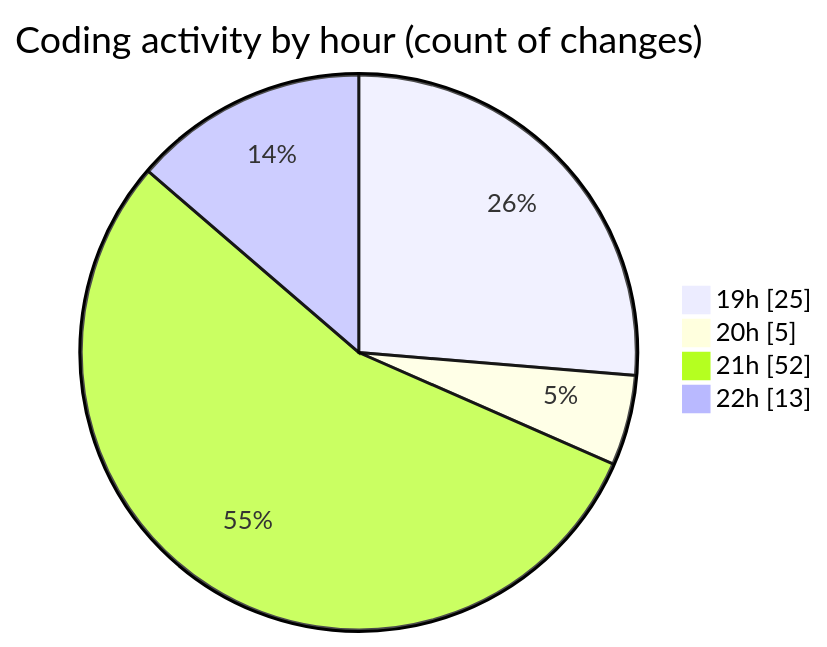
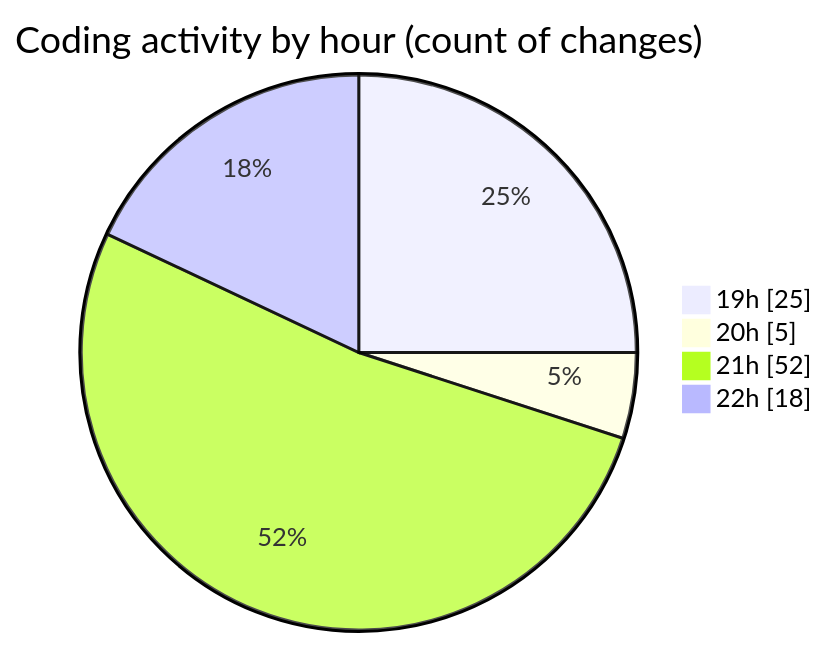
One commit to momahboobian/code-tracking changed the second of 2 diagrams in 2025-02-28/cda/README.md. Above: the diagram before and after it, drawn with Mermaid. The commit also changed other lines of this file and 1 other file, not shown here.

````diff
--- a/2025-02-28/cda/README.md
+++ b/2025-02-28/cda/README.md
@@ -34,8 +34,8 @@
 ```mermaid
 pie showData
 title Coding activity by hour (count of changes)
 "19h" : 25
 "20h" : 5
 "21h" : 52
-"22h" : 13
+"22h" : 18
 ```
````
